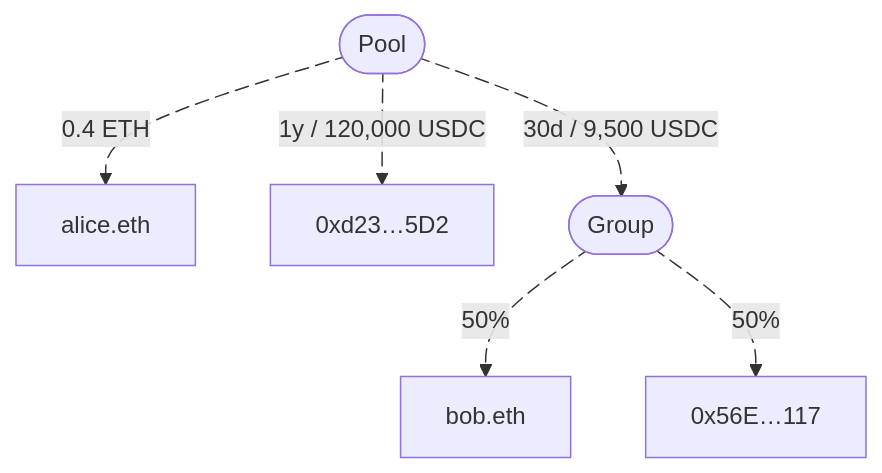
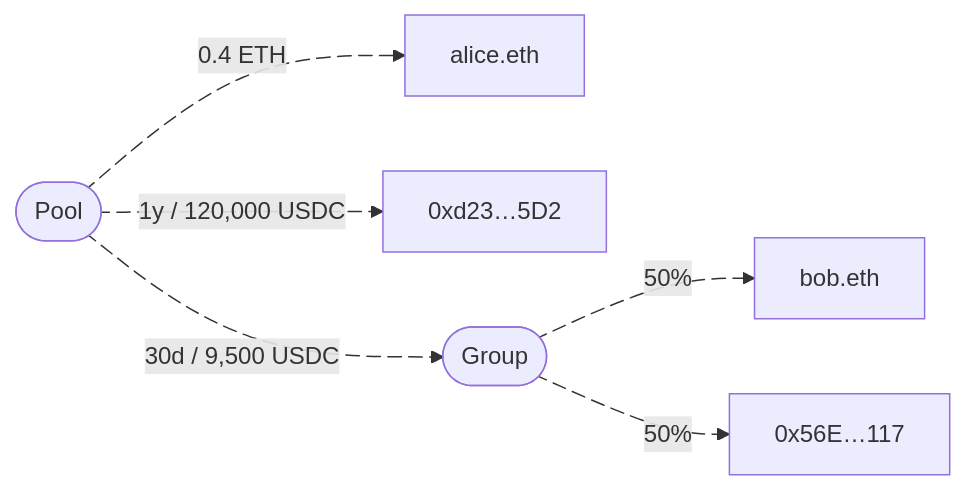
One commit to mutuals-finance/mutuals changed the diagram in apps/docs/content/index.mdx. Above: the diagram before and after it, drawn with Mermaid. The commit also changed other lines of this file and 35 other files, not shown here.

````diff
--- a/apps/docs/content/index.mdx
+++ b/apps/docs/content/index.mdx
@@ -19,12 +19,12 @@
 ```mermaid
-flowchart TD
+flowchart LR
     Pool(["Pool"]) L_Pool_A_0@-- "0.4 ETH" --> A["alice.eth"]
     Pool L_Pool_B_0@-- 1y / 120,000 USDC --> B["0xd23…5D2"]
     Pool L_Pool_C_0@-- 30d / 9,500 USDC --> C(["Group"])
     C L_C_D_0@-- 50% --> D["bob.eth"] & E["0x56E…117"]
     L_Pool_A_0@{ animation: slow }
     L_Pool_B_0@{ animation: slow }
     L_Pool_C_0@{ animation: slow }
     L_C_D_0@{ animation: slow }
     L_C_E_0@{ animation: slow }
 ```
````
